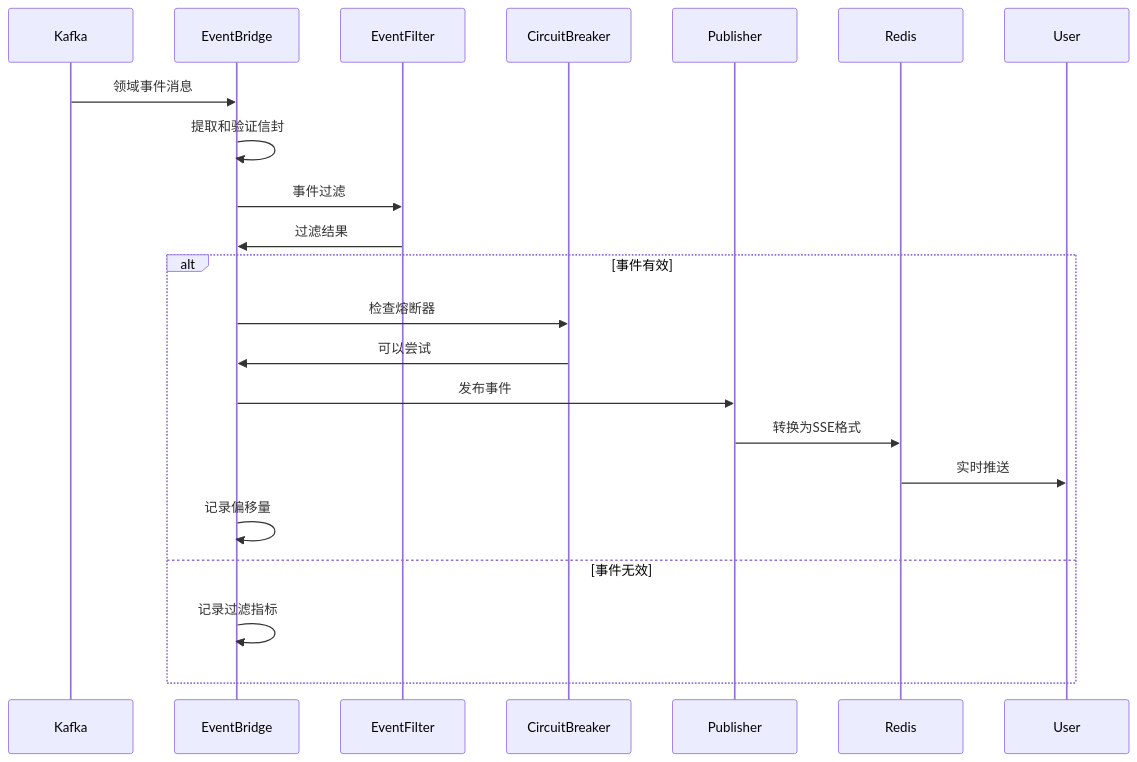
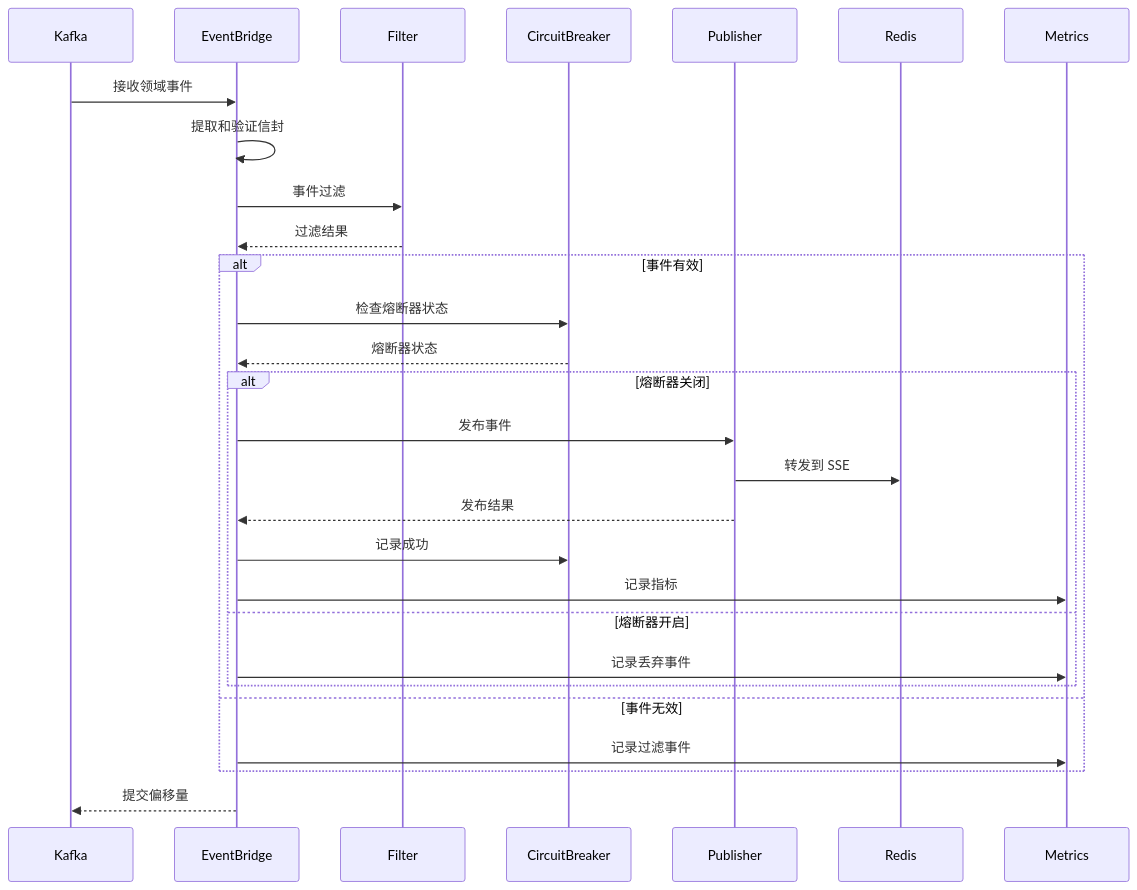
One commit to zhiyue/infinite-scribe changed the second of 11 diagrams in apps/backend/src/services/eventbridge/README.md. Above: the diagram before and after it, drawn with Mermaid. The commit also changed other lines of this file and 1 other file, not shown here.

````diff
--- a/apps/backend/src/services/eventbridge/README.md
+++ b/apps/backend/src/services/eventbridge/README.md
@@ -78,25 +77,34 @@
 ```mermaid
 sequenceDiagram
     participant K as Kafka
     participant E as EventBridge
-    participant F as EventFilter
+    participant F as Filter
     participant C as CircuitBreaker
     participant P as Publisher
     participant R as Redis
-    participant U as User
+    participant M as Metrics
     
-    K->>E: 领域事件消息
+    K->>E: 接收领域事件
     E->>E: 提取和验证信封
     E->>F: 事件过滤
-    F->>E: 过滤结果
+    F-->>E: 过滤结果
+    
     alt 事件有效
-        E->>C: 检查熔断器
-        C->>E: 可以尝试
-        E->>P: 发布事件
-        P->>R: 转换为SSE格式
-        R->>U: 实时推送
-        E->>E: 记录偏移量
+        E->>C: 检查熔断器状态
+        C-->>E: 熔断器状态
+        
+        alt 熔断器关闭
+            E->>P: 发布事件
+            P->>R: 转发到 SSE
+            P-->>E: 发布结果
+            E->>C: 记录成功
+            E->>M: 记录指标
+        else 熔断器开启
+            E->>M: 记录丢弃事件
+        end
     else 事件无效
-        E->>E: 记录过滤指标
+        E->>M: 记录过滤事件
     end
+    
+    E-->>K: 提交偏移量
 ```
````
